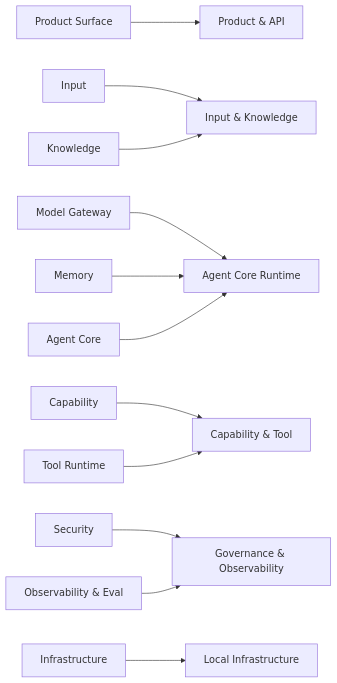
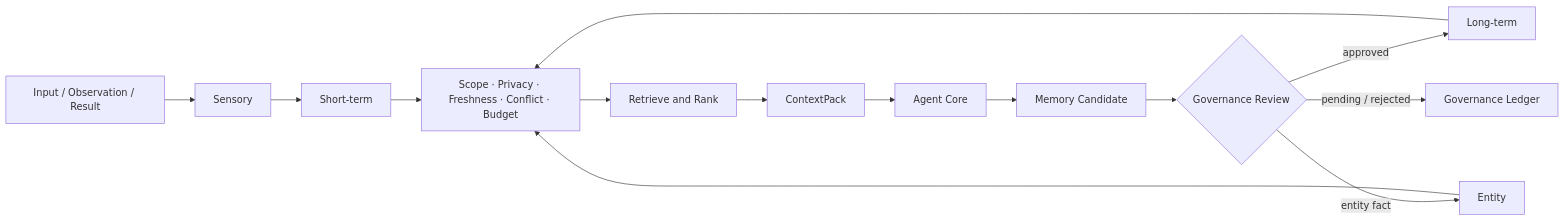
Before and after one commit to ProfessorZhi/Zuno: the third of 4 diagrams in docs/architecture/architecture.md, drawn with Mermaid. The commit also changed other lines of this file, not shown here.

Commit message:
Rewrite target architecture as text-first lean enterprise design

````diff
--- a/docs/architecture/architecture.md
+++ b/docs/architecture/architecture.md
@@ -898,14 +643,11 @@
 ```mermaid
 flowchart LR
-  PS[Product Surface] --> PA[Product & API]
-  IN[Input] --> IK[Input & Knowledge]
-  KN[Knowledge] --> IK
-  MG[Model Gateway] --> AR[Agent Core Runtime]
-  MM[Memory] --> AR
-  AC[Agent Core] --> AR
-  CP[Capability] --> CT[Capability & Tool]
-  TR[Tool Runtime] --> CT
-  SEC[Security] --> GO[Governance & Observability]
-  OBS[Observability & Eval] --> GO
-  INF[Infrastructure] --> LI[Local Infrastructure]
+  Event[Input / Observation / Result] --> Sensory[Sensory]
+  Sensory --> Short[Short-term]
+  Short & Long[Long-term] & Entity[Entity] --> Policy[Scope · Privacy · Freshness · Conflict · Budget]
+  Policy --> Rank[Retrieve and Rank] --> Context[ContextPack] --> Agent[Agent Core]
+  Agent --> Candidate[Memory Candidate] --> Review{Governance Review}
+  Review -->|approved| Long
+  Review -->|entity fact| Entity
+  Review -->|pending / rejected| Ledger[Governance Ledger]
 ```
````
